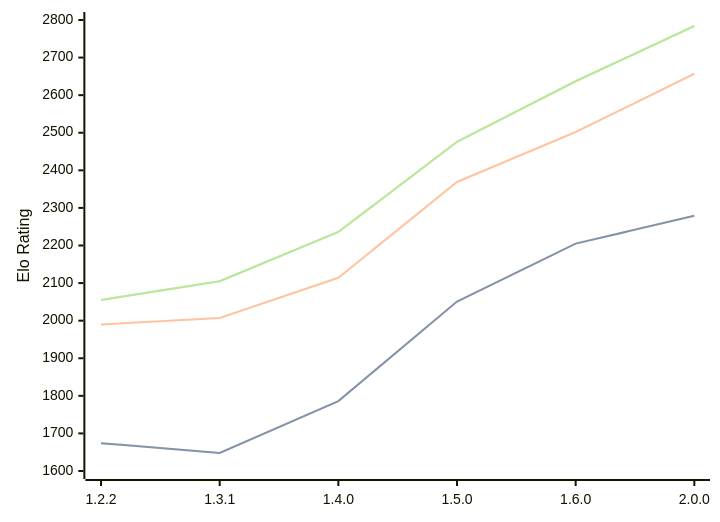
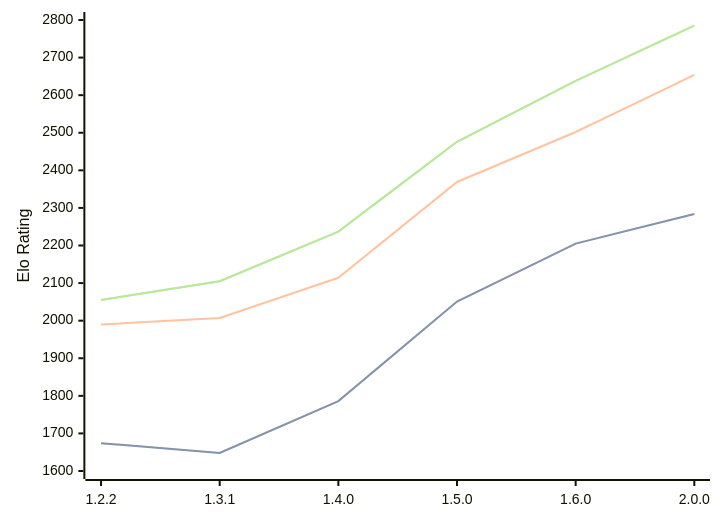
One commit to computer-chess-index/cci changed the diagram in engines/SoloEngine.md. Above: the diagram before and after it, drawn with Mermaid. The commit also changed other lines of this file, not shown here.

Commit message:
Update CCI Ratings (ELO VLTC) - 2026-03-27

````diff
--- a/engines/SoloEngine.md
+++ b/engines/SoloEngine.md
@@ -36,11 +36,11 @@
 ```mermaid
 %%{init: {"theme":"base","themeVariables":{"seriesColors:['#a3a3a3','#222221','#faa371']}}}%%
 xychart-beta
   x-axis ["1.2.2", "1.3.1", "1.4.0", "1.5.0", "1.6.0", "2.0.0"]
   y-axis "Elo Rating" 1600 --> 2800
-  line "STC (8.0+0.08s)" [1674, 1648, 1786, 2051, 2205, 2279]
-  line "STC (8.0+0.08s)" [1674, 1648, 1786, 2051, 2205, 2279]
-  line "LTC (60.0+0.60s)" [1990, 2007, 2114, 2369, 2502, 2657]
-  line "VLTC (2m24s+1.12s)" [2055, 2105, 2236, 2476, 2637, 2784]
-  line "VLTC (2m24s+1.12s)" [2055, 2105, 2236, 2476, 2637, 2784]
+  line "STC (8.0+0.08s)" [1674, 1648, 1786, 2051, 2205, 2284]
+  line "STC (8.0+0.08s)" [1674, 1648, 1786, 2051, 2205, 2284]
+  line "LTC (60.0+0.60s)" [1990, 2007, 2114, 2369, 2502, 2654]
+  line "VLTC (2m24s+1.12s)" [2055, 2105, 2237, 2476, 2638, 2785]
+  line "VLTC (2m24s+1.12s)" [2055, 2105, 2237, 2476, 2638, 2785]
 ```
````
